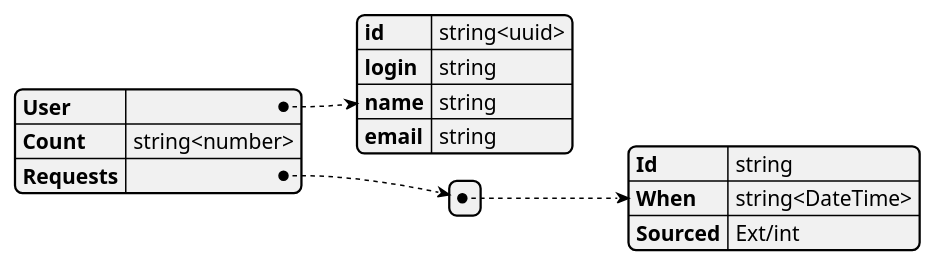
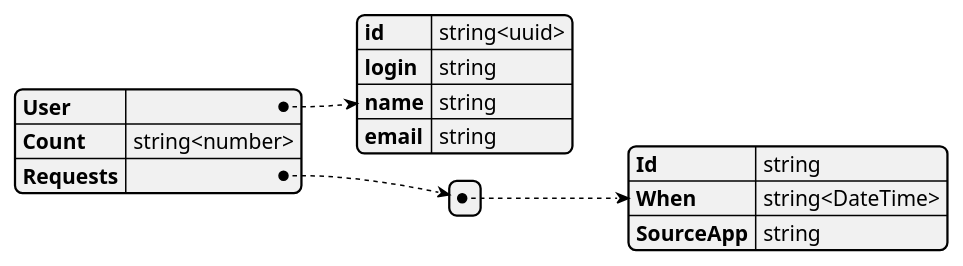
The diagram in plantuml/GetByUserDetailRes.puml (newportg/Frontify), drawn with PlantUML before and after one commit. The commit also changed 1 other file, not shown here.

```diff
--- a/plantuml/GetByUserDetailRes.puml
+++ b/plantuml/GetByUserDetailRes.puml
@@ -1,18 +1,18 @@
 @startjson
 {
     "User": {
         "id" : "string<uuid>",
         "login": "string",
         "name": "string",
         "email": "string"
     },
     "Count": "string<number>",
     "Requests" : [
         {
             "Id": "string",
             "When" : "string<DateTime>",
-            "Sourced": "Ext/int"
+            "SourceApp": "string"
         }
     ]
 }
 @endjson
```
